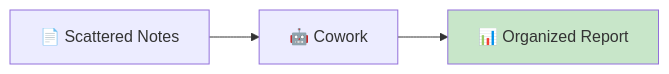
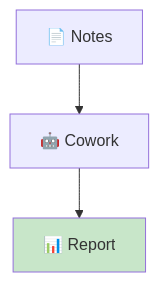
One commit to TheBushidoCollective/han changed the fifth of 10 diagrams in website/content/papers/ai-dlc-2026/runbooks/tooling/claude-cowork.md. Above: the diagram before and after it, drawn with Mermaid. The commit also changed other lines of this file and 21 other files, not shown here.

First line of the commit message:
fix(website): convert all AI-DLC runbook Mermaid diagrams to TB layout

````diff
--- a/website/content/papers/ai-dlc-2026/runbooks/tooling/claude-cowork.md
+++ b/website/content/papers/ai-dlc-2026/runbooks/tooling/claude-cowork.md
@@ -143,7 +139,7 @@
 ```mermaid
-flowchart LR
-    Input[📄 Scattered Notes] --> Cowork[🤖 Cowork]
-    Cowork --> Output[📊 Organized Report]
+flowchart TB
+    Input[📄 Notes] --> Cowork[🤖 Cowork]
+    Cowork --> Output[📊 Report]
 
     style Output fill:#c8e6c9
 ```
````
